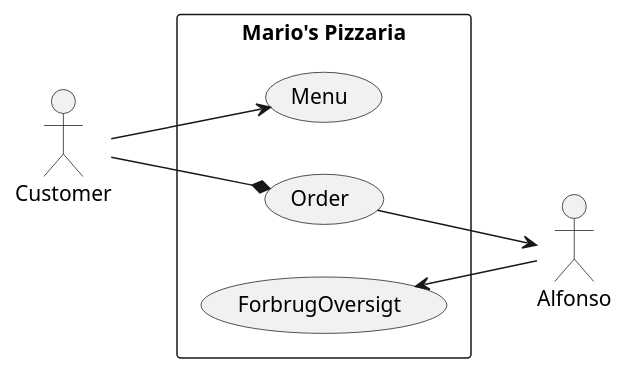
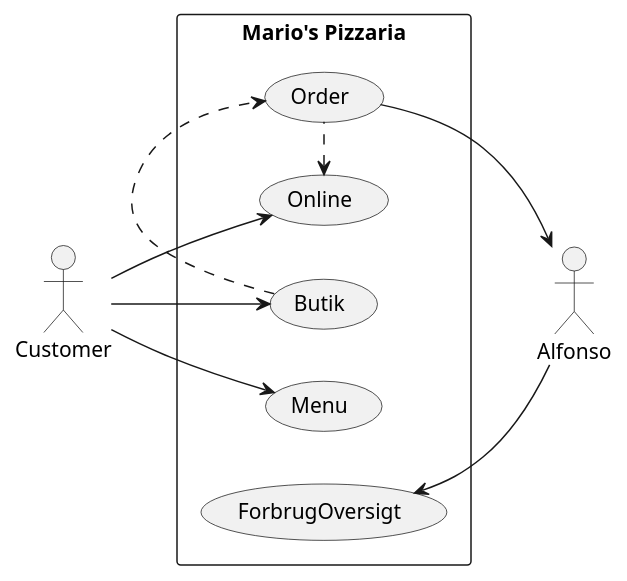
Before and after one commit to Mfknudsen/SP3_Mario: the diagram in Mario/src/puml/uml.puml, drawn with PlantUML. The commit also changed 5 other files, not shown here.

```diff
--- a/Mario/src/puml/uml.puml
+++ b/Mario/src/puml/uml.puml
@@ -1,14 +1,17 @@
 @startuml
 left to right direction
 skinparam packageStyle rectangle
 actor Customer
 actor Alfonso
 
 rectangle "Mario's Pizzaria"{
   Customer --> (Menu)
-  Customer --* (Order)
+  Customer --> (Butik)
+  (Online) <. (Order)
+  (Butik) .> (Order)
+  Customer --> (Online)
 
   (Order) --> Alfonso
   (ForbrugOversigt) <-- Alfonso
 }
 @enduml
```
